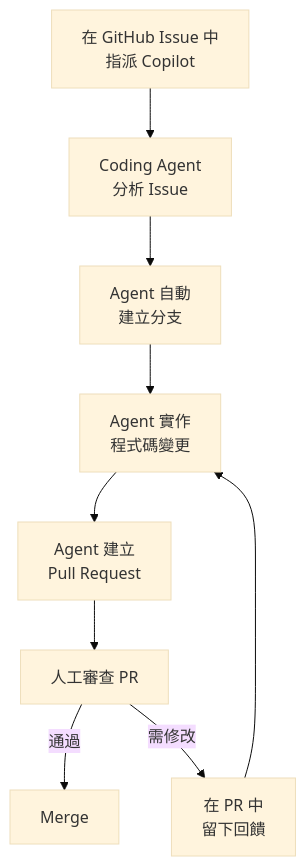
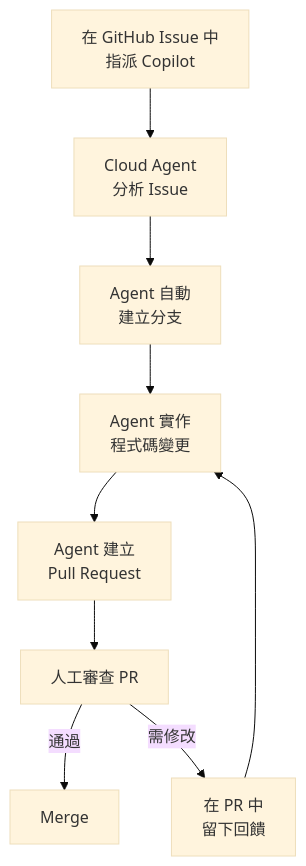
Before and after one commit to chihhung/Blog: diagram 22 of 24 in content/posts/教學/AI開發/github copilot生態圈教學手冊.md, drawn with Mermaid (base theme). The commit also changed other lines of this file and 1 other file, not shown here.

Commit message:
docs: claude code and github copilot 生態系文件 update

````diff
--- a/content/posts/教學/AI開發/github copilot生態圈教學手冊.md
+++ b/content/posts/教學/AI開發/github copilot生態圈教學手冊.md
@@ -3472,11 +3609,11 @@
 ```mermaid
 flowchart TB
-    A[在 GitHub Issue 中<br/>指派 Copilot] --> B[Coding Agent<br/>分析 Issue]
+    A[在 GitHub Issue 中<br/>指派 Copilot] --> B[Cloud Agent<br/>分析 Issue]
     B --> C[Agent 自動<br/>建立分支]
     C --> D[Agent 實作<br/>程式碼變更]
     D --> E[Agent 建立<br/>Pull Request]
     E --> F[人工審查 PR]
     F -->|通過| G[Merge]
     F -->|需修改| H[在 PR 中<br/>留下回饋]
     H --> D
 ```
````
